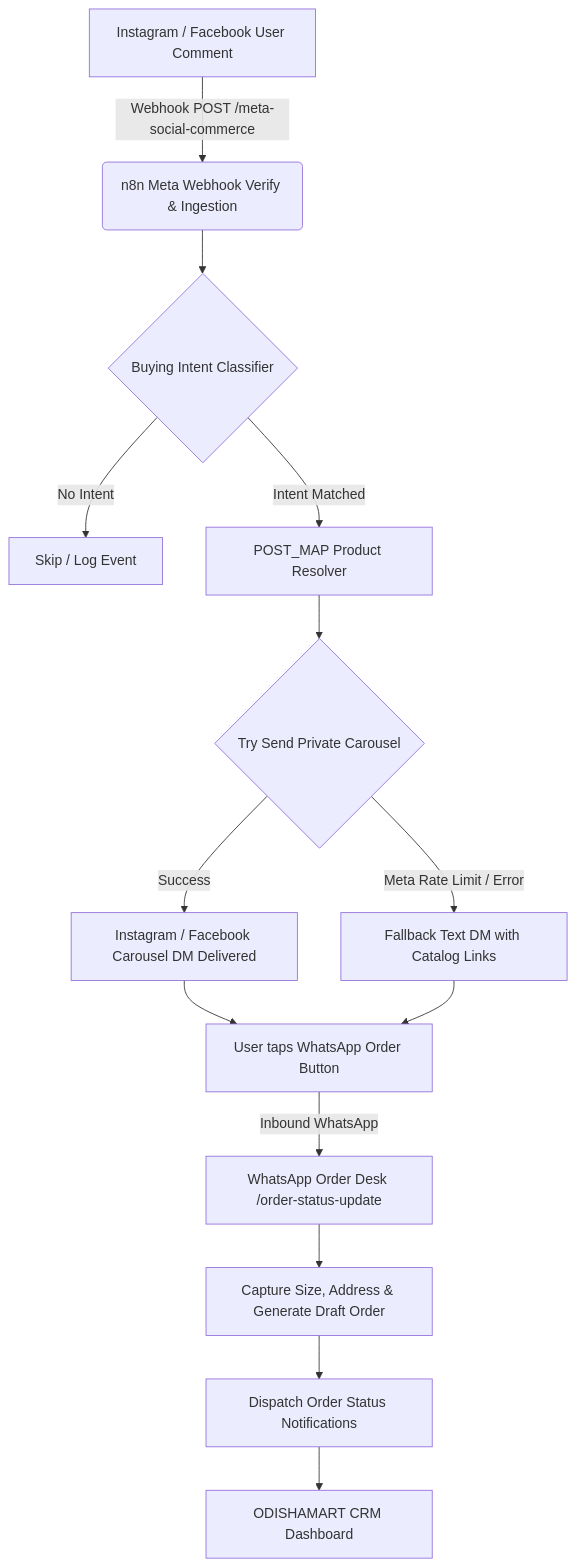
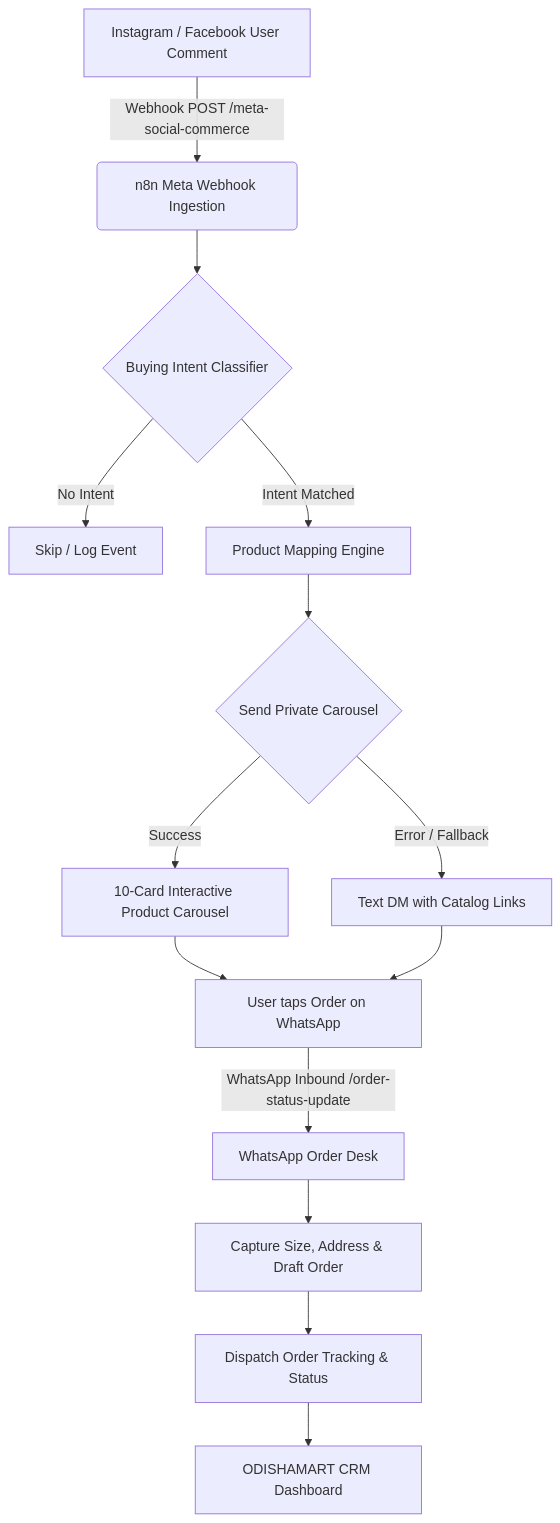
The diagram in README.md (GANDHIKALASI/ODISHAMART), drawn with Mermaid before and after one commit. The commit also changed other lines of this file and 1 other file, not shown here.

````diff
--- a/README.md
+++ b/README.md
@@ -35,16 +23,16 @@
 ```mermaid
 flowchart TD
-    A[Instagram / Facebook User Comment] -->|Webhook POST /meta-social-commerce| B(n8n Meta Webhook Verify & Ingestion)
+    A[Instagram / Facebook User Comment] -->|Webhook POST /meta-social-commerce| B(n8n Meta Webhook Ingestion)
     B --> C{Buying Intent Classifier}
     C -->|No Intent| D[Skip / Log Event]
-    C -->|Intent Matched| E[POST_MAP Product Resolver]
-    E --> F{Try Send Private Carousel}
-    F -->|Success| G[Instagram / Facebook Carousel DM Delivered]
-    F -->|Meta Rate Limit / Error| H[Fallback Text DM with Catalog Links]
-    G --> I[User taps WhatsApp Order Button]
+    C -->|Intent Matched| E[Product Mapping Engine]
+    E --> F{Send Private Carousel}
+    F -->|Success| G[10-Card Interactive Product Carousel]
+    F -->|Error / Fallback| H[Text DM with Catalog Links]
+    G --> I[User taps Order on WhatsApp]
     H --> I
-    I -->|Inbound WhatsApp| J[WhatsApp Order Desk /order-status-update]
-    J --> K[Capture Size, Address & Generate Draft Order]
-    K --> L[Dispatch Order Status Notifications]
+    I -->|WhatsApp Inbound /order-status-update| J[WhatsApp Order Desk]
+    J --> K[Capture Size, Address & Draft Order]
+    K --> L[Dispatch Order Tracking & Status]
     L --> M[ODISHAMART CRM Dashboard]
 ```
````
